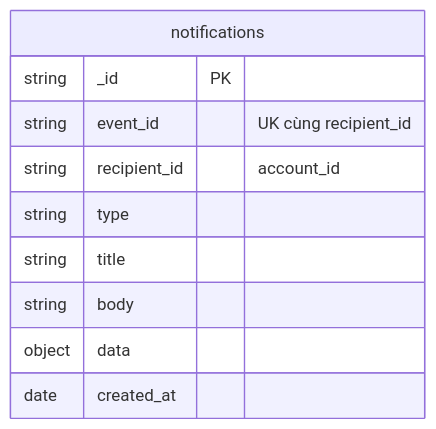
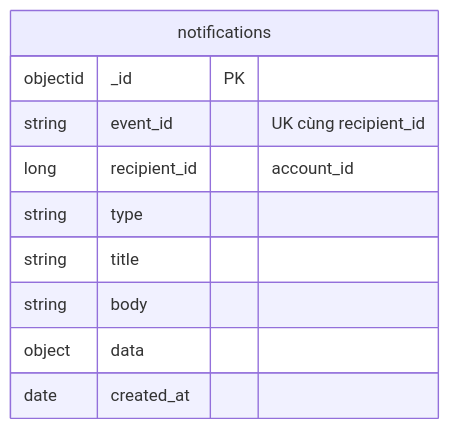
Before and after one commit to nghuuduc21/23699411_NguyenHuuDuc_CabSystem: the seventh of 8 diagrams in docs/design/03-du-lieu.md, drawn with Mermaid. The commit also changed other lines of this file and 21 other files, not shown here.

````diff
--- a/docs/design/03-du-lieu.md
+++ b/docs/design/03-du-lieu.md
@@ -615,13 +634,13 @@
 ```mermaid
 erDiagram
   notifications {
-    string _id PK
+    objectid _id PK
     string event_id "UK cùng recipient_id"
-    string recipient_id "account_id"
+    long recipient_id "account_id"
     string type
     string title
     string body
     object data
     date created_at
   }
 ```
````
